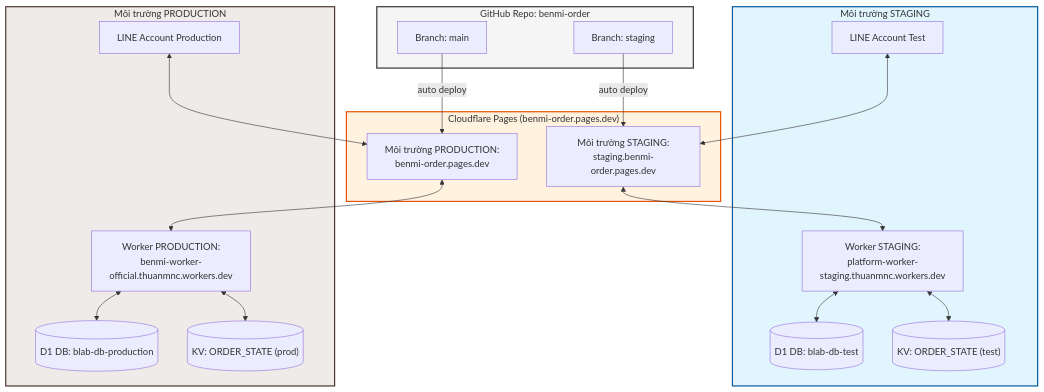
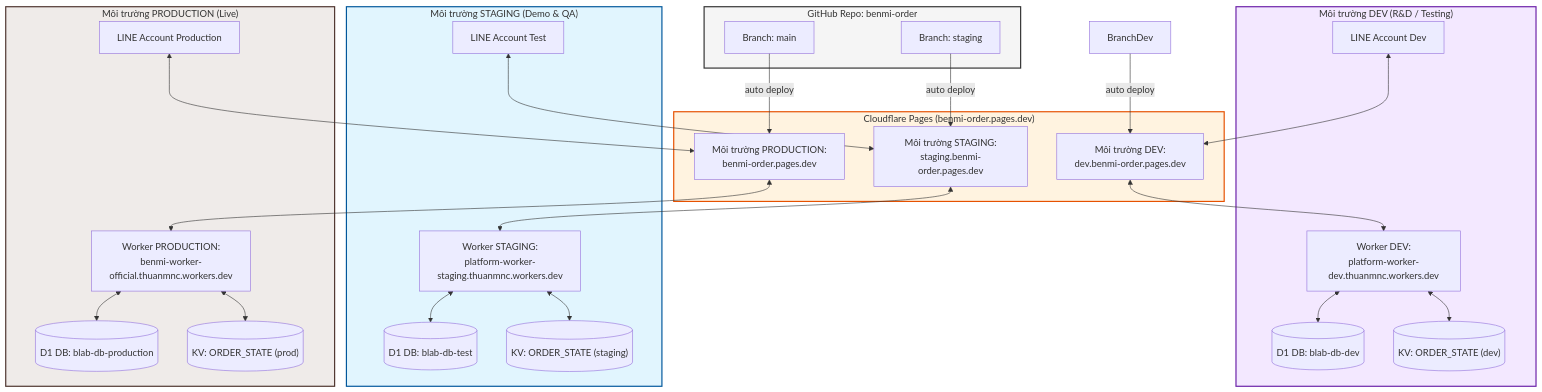
The first of 2 diagrams in README.md (Thuanmai56/benmi-order), drawn with Mermaid before and after one commit. The commit also changed other lines of this file and 6 other files, not shown here.

Commit message:
feat(env): configure 3-tier architecture with dedicated DEV environment (worker, D1, LIFF, routing)

````diff
--- a/README.md
+++ b/README.md
@@ -13,34 +13,44 @@
 ```mermaid
 graph TD
     subgraph github ["GitHub Repo: benmi-order"]
         BranchStaging["Branch: staging"]
         BranchMain["Branch: main"]
     end
 
     subgraph pages ["Cloudflare Pages (benmi-order.pages.dev)"]
+        SubDev["Môi trường DEV:<br>dev.benmi-order.pages.dev"]
         SubStaging["Môi trường STAGING:<br>staging.benmi-order.pages.dev"]
         SubProd["Môi trường PRODUCTION:<br>benmi-order.pages.dev"]
     end
 
+    BranchDev -- "auto deploy" --> SubDev
     BranchStaging -- "auto deploy" --> SubStaging
     BranchMain -- "auto deploy" --> SubProd
 
-    subgraph test_env ["Môi trường STAGING"]
+    subgraph dev_env ["Môi trường DEV (R&D / Testing)"]
+        A0[LINE Account Dev] <--> SubDev
+        SubDev <--> C0["Worker DEV:<br>platform-worker-dev.thuanmnc.workers.dev"]
+        C0 <--> D0_DB[("D1 DB: blab-db-dev")]
+        C0 <--> KV0[("KV: ORDER_STATE (dev)")]
+    end
+
+    subgraph test_env ["Môi trường STAGING (Demo & QA)"]
         A1[LINE Account Test] <--> SubStaging
         SubStaging <--> C1["Worker STAGING:<br>platform-worker-staging.thuanmnc.workers.dev"]
         C1 <--> D1_DB[("D1 DB: blab-db-test")]
-        C1 <--> KV1[("KV: ORDER_STATE (test)")]
+        C1 <--> KV1[("KV: ORDER_STATE (staging)")]
     end
 
-    subgraph prod_env ["Môi trường PRODUCTION"]
+    subgraph prod_env ["Môi trường PRODUCTION (Live)"]
         A2[LINE Account Production] <--> SubProd
         SubProd <--> C2["Worker PRODUCTION:<br>benmi-worker-official.thuanmnc.workers.dev"]
         C2 <--> D2_DB[("D1 DB: blab-db-production")]
         C2 <--> KV2[("KV: ORDER_STATE (prod)")]
     end
 
     style github fill:#f5f5f5,stroke:#333,stroke-width:2px
     style pages fill:#fff3e0,stroke:#e65100,stroke-width:2px
+    style dev_env fill:#f3e8ff,stroke:#6b21a8,stroke-width:2px
     style test_env fill:#e1f5fe,stroke:#01579b,stroke-width:2px
     style prod_env fill:#efebe9,stroke:#4e342e,stroke-width:2px
 ```
````
